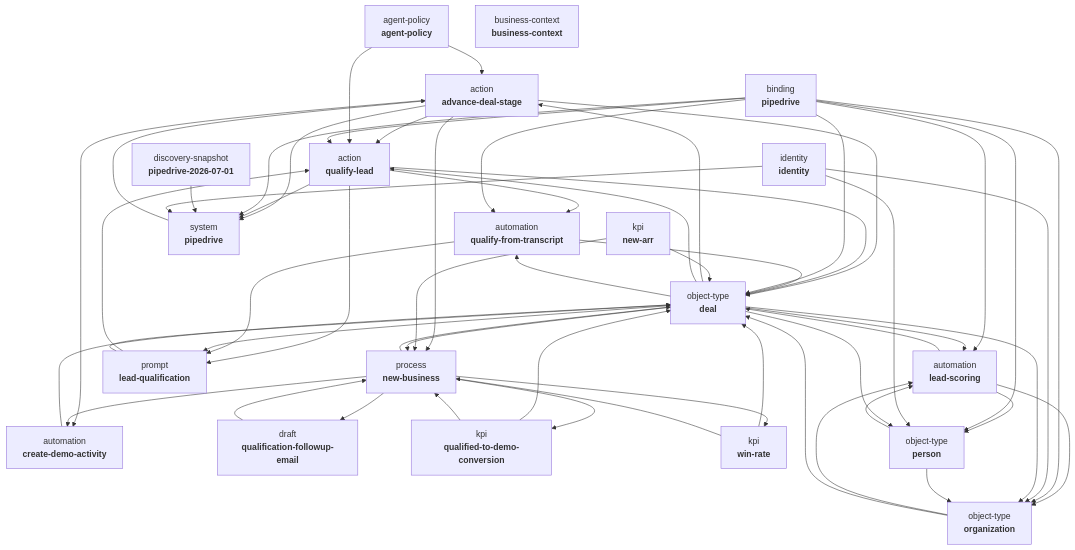
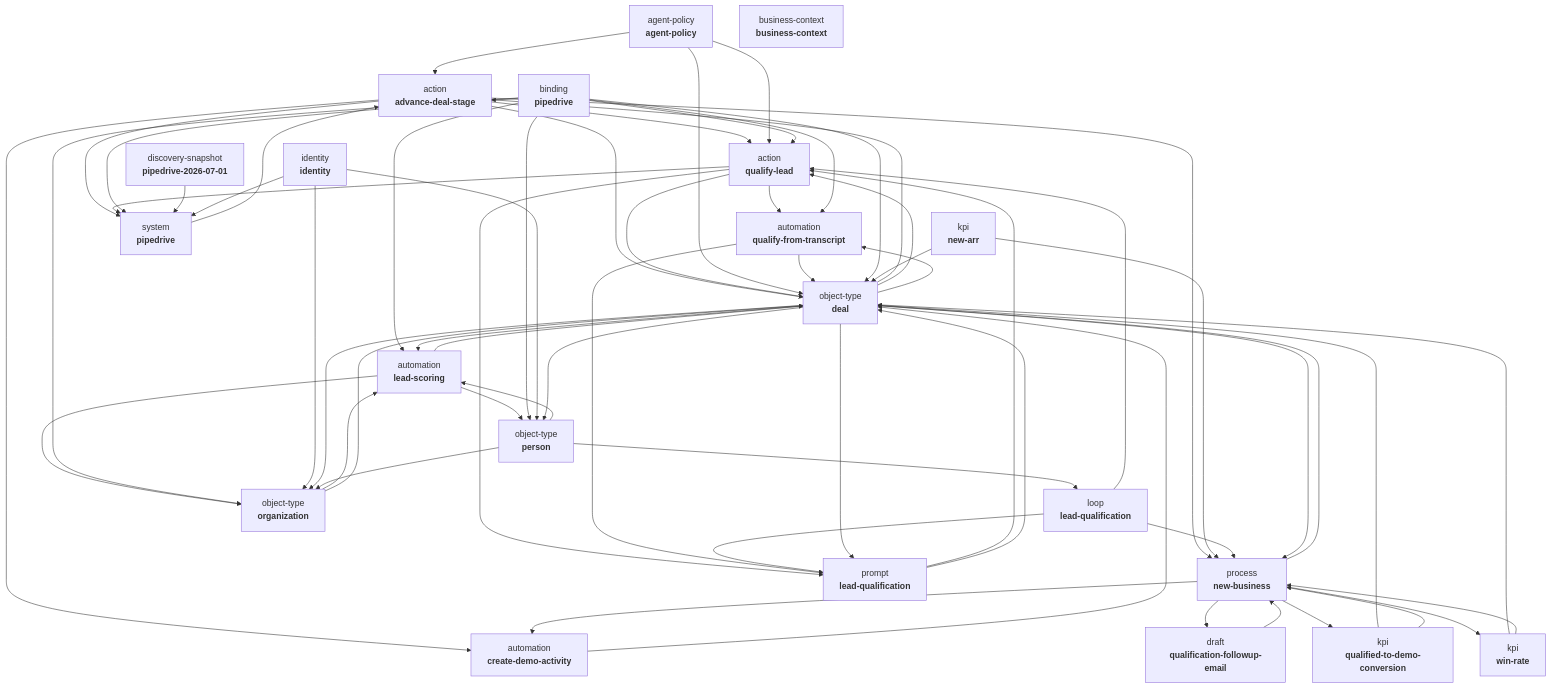
The diagram in gtm-ontology/render/graph.md (zawlodzki/GTM-ontology-framework), drawn with Mermaid before and after one commit. The commit also changed other lines of this file and 14 other files, not shown here.

Commit message:
gtm-ontology: permission ladder, lead-qualification loop, abstain_when, pii flags (v1.3.0)

```diff
--- a/gtm-ontology/render/graph.md
+++ b/gtm-ontology/render/graph.md
@@ -16,6 +16,7 @@
   kpi_new_arr["kpi<br/><b>new-arr</b>"]
   kpi_qualified_to_demo_conversion["kpi<br/><b>qualified-to-demo-conversion</b>"]
   kpi_win_rate["kpi<br/><b>win-rate</b>"]
+  loop_lead_qualification["loop<br/><b>lead-qualification</b>"]
   object_type_deal["object-type<br/><b>deal</b>"]
   object_type_organization["object-type<br/><b>organization</b>"]
   object_type_person["object-type<br/><b>person</b>"]
@@ -33,6 +34,7 @@
   action_qualify_lead --> system_pipedrive
   agent_policy_agent_policy --> action_advance_deal_stage
   agent_policy_agent_policy --> action_qualify_lead
+  agent_policy_agent_policy --> object_type_deal
   automation_create_demo_activity --> object_type_deal
   automation_lead_scoring --> object_type_deal
   automation_lead_scoring --> object_type_organization
@@ -57,6 +59,9 @@
   kpi_qualified_to_demo_conversion --> process_new_business
   kpi_win_rate --> object_type_deal
   kpi_win_rate --> process_new_business
+  loop_lead_qualification --> action_qualify_lead
+  loop_lead_qualification --> process_new_business
+  loop_lead_qualification --> prompt_lead_qualification
   object_type_deal --> action_advance_deal_stage
   object_type_deal --> action_qualify_lead
   object_type_deal --> automation_lead_scoring
@@ -68,6 +73,7 @@
   object_type_organization --> automation_lead_scoring
   object_type_organization --> object_type_deal
   object_type_person --> automation_lead_scoring
+  object_type_person --> loop_lead_qualification
   object_type_person --> object_type_organization
   process_new_business --> automation_create_demo_activity
   process_new_business --> draft_qualification_followup_email
```
